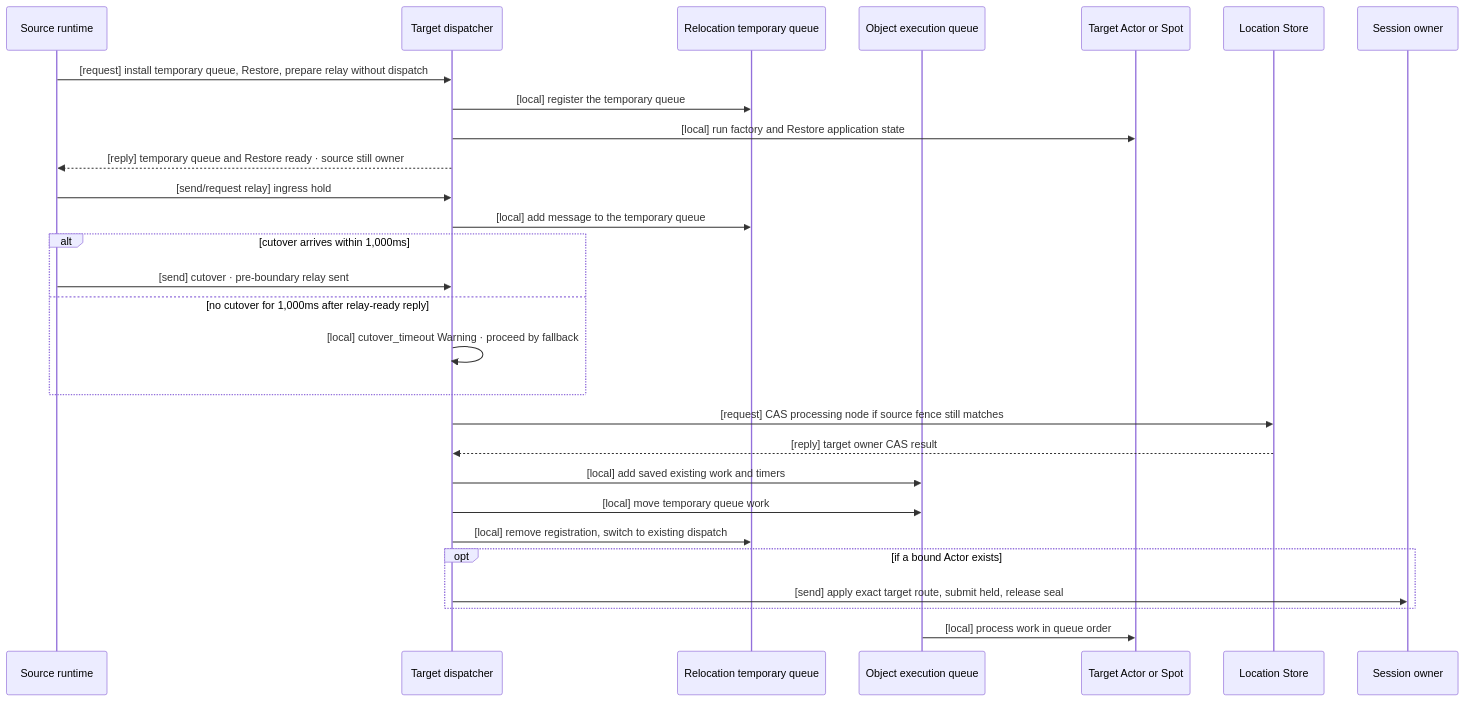
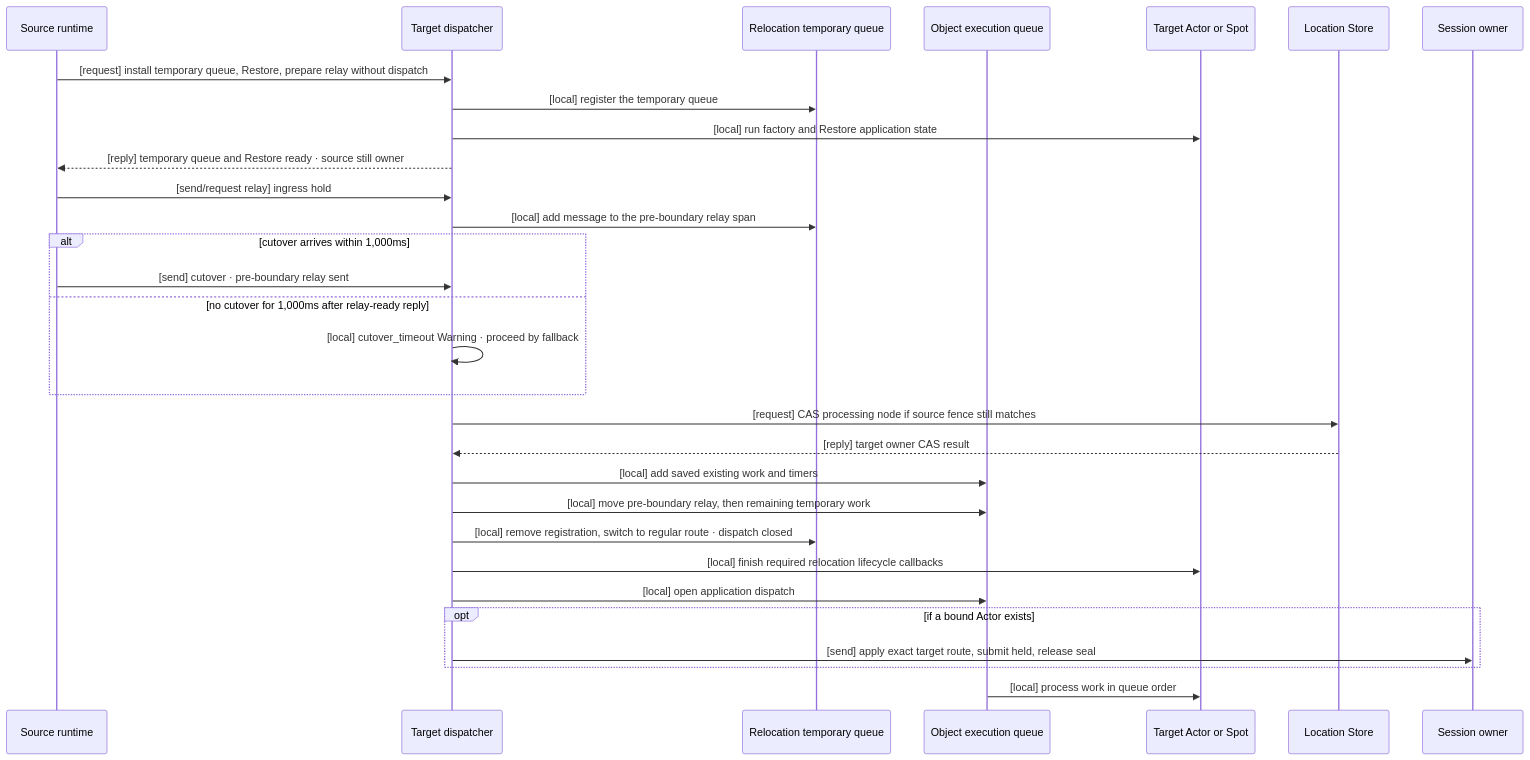
One commit to zlink-systems/zlink changed the fourth of 8 diagrams in framework/doc/framework/common/spec/30-host-relocation-flow.en.md. Above: the diagram before and after it, drawn with Mermaid. The commit also changed other lines of this file and 293 other files, not shown here.

````diff
--- a/framework/doc/framework/common/spec/30-host-relocation-flow.en.md
+++ b/framework/doc/framework/common/spec/30-host-relocation-flow.en.md
@@ -544,31 +562,33 @@
 ```mermaid
 sequenceDiagram
     participant Source as Source runtime
     participant Dispatch as Target dispatcher
     participant TempQueue as Relocation temporary queue
     participant ObjectQueue as Object execution queue
     participant Object as Target Actor or Spot
     participant LocationStore as Location Store
     participant SessionOwner as Session owner
 
     Source->>Dispatch: [request] install temporary queue, Restore, prepare relay without dispatch
     Dispatch->>TempQueue: [local] register the temporary queue
     Dispatch->>Object: [local] run factory and Restore application state
     Dispatch-->>Source: [reply] temporary queue and Restore ready · source still owner
     Source->>Dispatch: [send/request relay] ingress hold
-    Dispatch->>TempQueue: [local] add message to the temporary queue
+    Dispatch->>TempQueue: [local] add message to the pre-boundary relay span
     alt cutover arrives within 1,000ms
         Source->>Dispatch: [send] cutover · pre-boundary relay sent
     else no cutover for 1,000ms after relay-ready reply
         Dispatch->>Dispatch: [local] cutover_timeout Warning · proceed by fallback
     end
     Dispatch->>LocationStore: [request] CAS processing node if source fence still matches
     LocationStore-->>Dispatch: [reply] target owner CAS result
     Dispatch->>ObjectQueue: [local] add saved existing work and timers
-    Dispatch->>ObjectQueue: [local] move temporary queue work
-    Dispatch->>TempQueue: [local] remove registration, switch to existing dispatch
+    Dispatch->>ObjectQueue: [local] move pre-boundary relay, then remaining temporary work
+    Dispatch->>TempQueue: [local] remove registration, switch to regular route · dispatch closed
+    Dispatch->>Object: [local] finish required relocation lifecycle callbacks
+    Dispatch->>ObjectQueue: [local] open application dispatch
     opt if a bound Actor exists
         Dispatch->>SessionOwner: [send] apply exact target route, submit held, release seal
     end
     ObjectQueue->>Object: [local] process work in queue order
 ```
````
